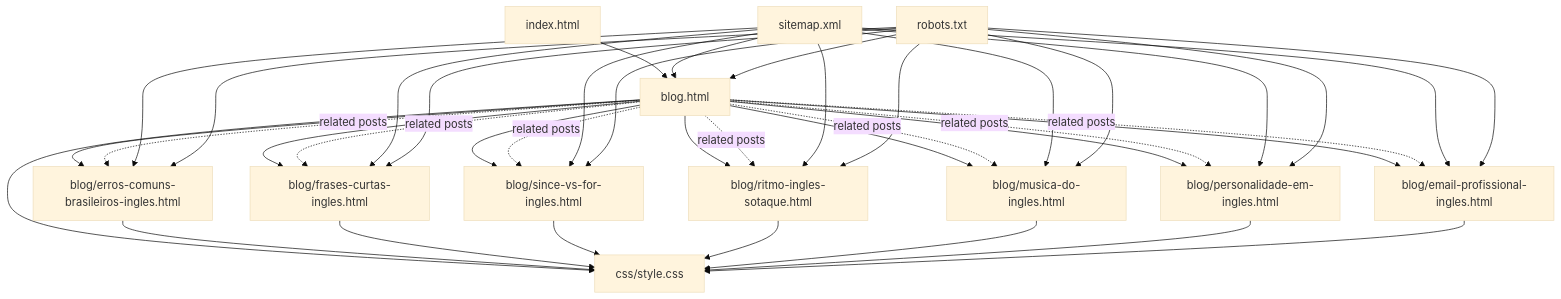
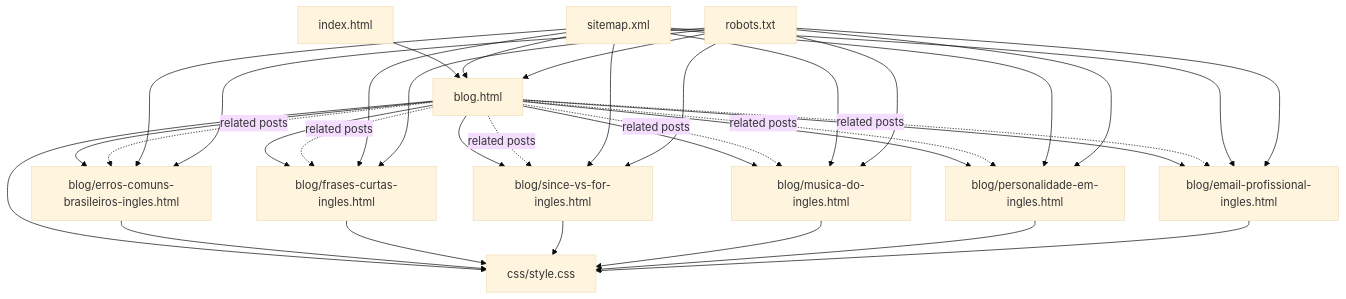
The first of 6 diagrams in .qoder/repowiki/en/content/Core Features/Educational Content Platform.md (lynchip/graduates), drawn with Mermaid (base theme) before and after one commit. The commit also changed other lines of this file and 12 other files, not shown here.

````diff
--- a/.qoder/repowiki/en/content/Core Features/Educational Content Platform.md
+++ b/.qoder/repowiki/en/content/Core Features/Educational Content Platform.md
@@ -53,54 +57,48 @@
 ```mermaid
 graph TB
 Index["index.html"]
 BlogList["blog.html"]
 Post1["blog/erros-comuns-brasileiros-ingles.html"]
 Post2["blog/frases-curtas-ingles.html"]
 Post3["blog/since-vs-for-ingles.html"]
-Post4["blog/ritmo-ingles-sotaque.html"]
-Post5["blog/musica-do-ingles.html"]
-Post6["blog/personalidade-em-ingles.html"]
-Post7["blog/email-profissional-ingles.html"]
+Post4["blog/musica-do-ingles.html"]
+Post5["blog/personalidade-em-ingles.html"]
+Post6["blog/email-profissional-ingles.html"]
 Style["css/style.css"]
 Sitemap["sitemap.xml"]
 Robots["robots.txt"]
 Index --> BlogList
 BlogList --> Post1
 BlogList --> Post2
 BlogList --> Post3
 BlogList --> Post4
 BlogList --> Post5
 BlogList --> Post6
-BlogList --> Post7
 BlogList -. related posts .-> Post1
 BlogList -. related posts .-> Post2
 BlogList -. related posts .-> Post3
 BlogList -. related posts .-> Post4
 BlogList -. related posts .-> Post5
 BlogList -. related posts .-> Post6
-BlogList -. related posts .-> Post7
 BlogList --> Style
 Post1 --> Style
 Post2 --> Style
 Post3 --> Style
 Post4 --> Style
 Post5 --> Style
 Post6 --> Style
-Post7 --> Style
 Sitemap --> BlogList
 Sitemap --> Post1
 Sitemap --> Post2
 Sitemap --> Post3
 Sitemap --> Post4
 Sitemap --> Post5
 Sitemap --> Post6
-Sitemap --> Post7
 Robots --> BlogList
 Robots --> Post1
 Robots --> Post2
 Robots --> Post3
 Robots --> Post4
 Robots --> Post5
 Robots --> Post6
-Robots --> Post7
 ```
````
